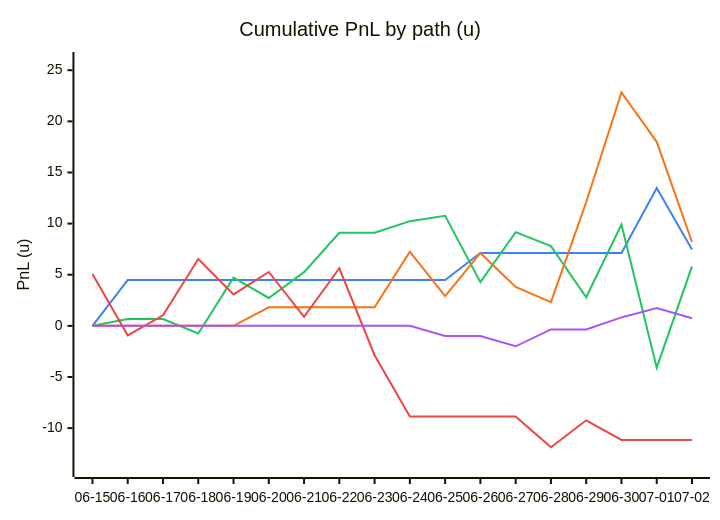
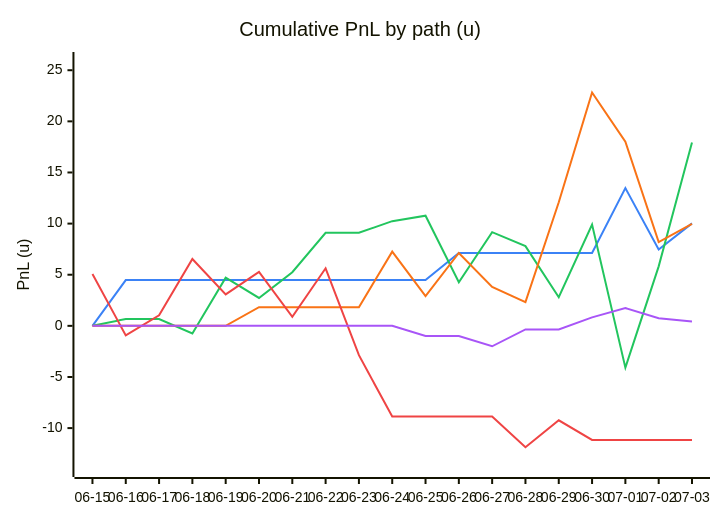
The first of 5 diagrams in DAILY_AGSU_REPORT.md (dpk1212/nhl-savant), drawn with Mermaid before and after one commit. The commit also changed other lines of this file, not shown here.

````diff
--- a/DAILY_AGSU_REPORT.md
+++ b/DAILY_AGSU_REPORT.md
@@ -203,12 +199,12 @@
 ```mermaid
 %%{init: {"themeVariables": {"xyChart": {"plotColorPalette": "#3b82f6,#22c55e,#f97316,#ef4444,#a855f7"}}}}%%
 xychart-beta
     title "Cumulative PnL by path (u)"
-    x-axis ["06-15", "06-16", "06-17", "06-18", "06-19", "06-20", "06-21", "06-22", "06-23", "06-24", "06-25", "06-26", "06-27", "06-28", "06-29", "06-30", "07-01", "07-02"]
+    x-axis ["06-15", "06-16", "06-17", "06-18", "06-19", "06-20", "06-21", "06-22", "06-23", "06-24", "06-25", "06-26", "06-27", "06-28", "06-29", "06-30", "07-01", "07-02", "07-03"]
     y-axis "PnL (u)" -14 --> 26
-    line [0, 4.48, 4.48, 4.48, 4.48, 4.48, 4.48, 4.48, 4.48, 4.48, 4.48, 7.12, 7.12, 7.12, 7.12, 7.12, 13.47, 7.47]
-    line [0, 0.67, 0.67, -0.75, 4.71, 2.73, 5.25, 9.1, 9.1, 10.24, 10.77, 4.27, 9.16, 7.8, 2.8, 9.91, -4.09, 5.82]
-    line [0, 0, 0, 0, 0, 1.82, 1.82, 1.82, 1.82, 7.26, 2.9, 7.13, 3.81, 2.32, 12.09, 22.82, 18, 8.2]
-    line [5.07, -0.93, 1.03, 6.54, 3.08, 5.27, 0.88, 5.63, -2.87, -8.87, -8.87, -8.87, -8.87, -11.87, -9.24, -11.16, -11.16, -11.16]
-    line [0, 0, 0, 0, 0, 0, 0, 0, 0, 0, -1, -1, -2, -0.35, -0.35, 0.83, 1.74, 0.74]
+    line [0, 4.48, 4.48, 4.48, 4.48, 4.48, 4.48, 4.48, 4.48, 4.48, 4.48, 7.12, 7.12, 7.12, 7.12, 7.12, 13.47, 7.47, 10.02]
+    line [0, 0.67, 0.67, -0.75, 4.71, 2.73, 5.25, 9.1, 9.1, 10.24, 10.77, 4.27, 9.16, 7.8, 2.8, 9.91, -4.09, 5.82, 17.93]
+    line [0, 0, 0, 0, 0, 1.82, 1.82, 1.82, 1.82, 7.26, 2.9, 7.13, 3.81, 2.32, 12.09, 22.82, 18, 8.2, 9.97]
+    line [5.07, -0.93, 1.03, 6.54, 3.08, 5.27, 0.88, 5.63, -2.87, -8.87, -8.87, -8.87, -8.87, -11.87, -9.24, -11.16, -11.16, -11.16, -11.16]
+    line [0, 0, 0, 0, 0, 0, 0, 0, 0, 0, -1, -1, -2, -0.35, -0.35, 0.83, 1.74, 0.74, 0.42]
 ```
````
